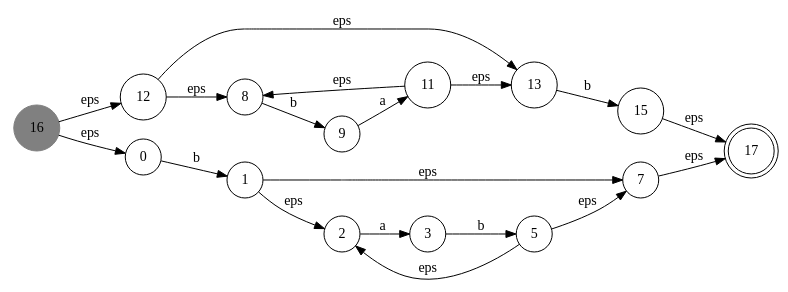
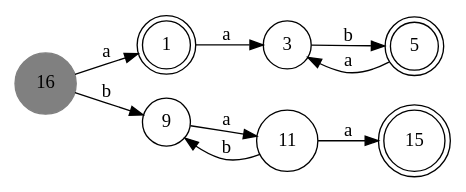
One commit to RED-AUtoMate/Automates changed the diagram in aa22.dot. Above: the diagram before and after it, drawn with Graphviz. The commit also changed 62 other files, not shown here.

```diff
--- a/aa22.dot
+++ b/aa22.dot
@@ -1,25 +1,17 @@
 digraph automate {
 	rankdir=LR;
 	size="8,5";
     node  [shape = circle];
     16  [style = "filled",color ="gray"];
-    17  [shape = "doublecircle"];
-    11 -> 13 [label= "eps"];
-    11 -> 8 [label= "eps"];
-    12 -> 13 [label= "eps"];
-    12 -> 8 [label= "eps"];
-    13 -> 15 [label= "b"];
-    15 -> 17 [label= "eps"];
-    16 -> 0 [label= "eps"];
-    16 -> 12 [label= "eps"];
-    0 -> 1 [label= "b"];
-    1 -> 7 [label= "eps"];
-    1 -> 2 [label= "eps"];
-    2 -> 3 [label= "a"];
+    1  [shape = "doublecircle"];
+    5  [shape = "doublecircle"];
+    15  [shape = "doublecircle"];
+    11 -> 15 [label= "a"];
+    11 -> 9 [label= "b"];
+    1 -> 3 [label= "a"];
     3 -> 5 [label= "b"];
-    5 -> 7 [label= "eps"];
-    5 -> 2 [label= "eps"];
-    7 -> 17 [label= "eps"];
-    8 -> 9 [label= "b"];
+    5 -> 3 [label= "a"];
+    16 -> 1 [label= "a"];
+    16 -> 9 [label= "b"];
     9 -> 11 [label= "a"];
 }
```
